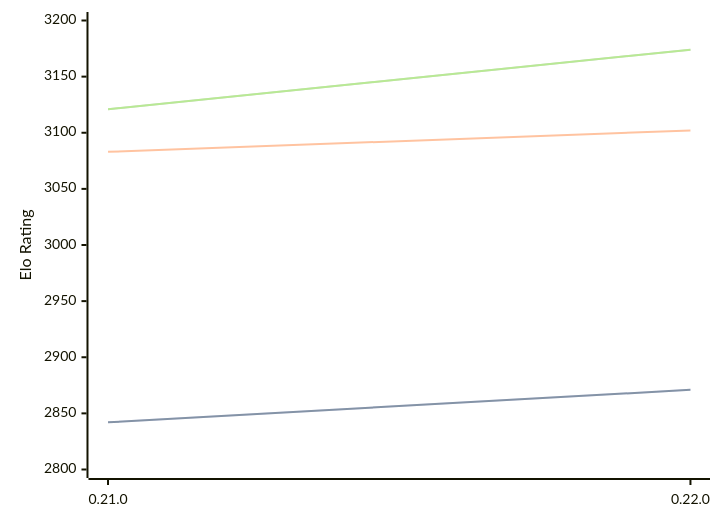
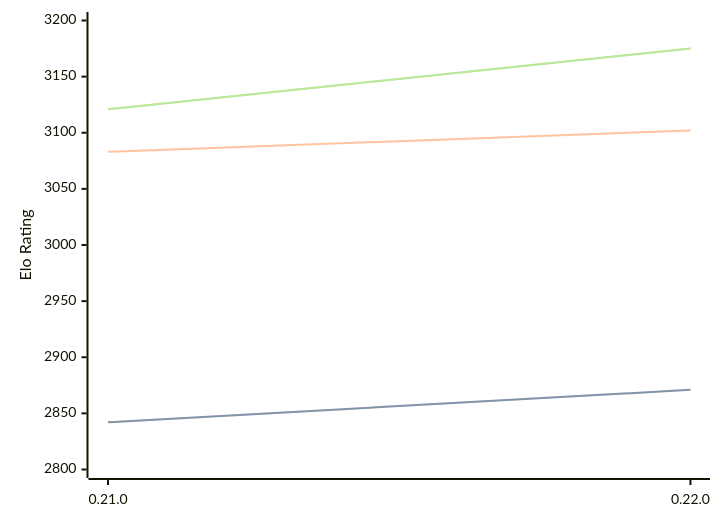
Before and after one commit to computer-chess-index/cci: the diagram in engines/Princhess.md, drawn with Mermaid. The commit also changed other lines of this file, not shown here.

Commit message:
Update CCI Ratings (ELO VLTC) - 2026-10-03

````diff
--- a/engines/Princhess.md
+++ b/engines/Princhess.md
@@ -32,11 +32,11 @@
 ```mermaid
 %%{init: {"theme":"base","themeVariables":{"seriesColors:['#a3a3a3','#222221','#faa371']}}}%%
 xychart-beta
   x-axis ["0.21.0", "0.22.0"]
   y-axis "Elo Rating" 2800 --> 3200
   line "" [2842, 2871]
   line "STC (8.0+0.08s)" [2842, 2871]
   line "LTC (60.0+0.60s)" [3083, 3102]
-  line "" [3121, 3174]
-  line "VLTC (2m24s+1.12s)" [3121, 3174]
+  line "" [3121, 3175]
+  line "VLTC (2m24s+1.12s)" [3121, 3175]
 ```
````
